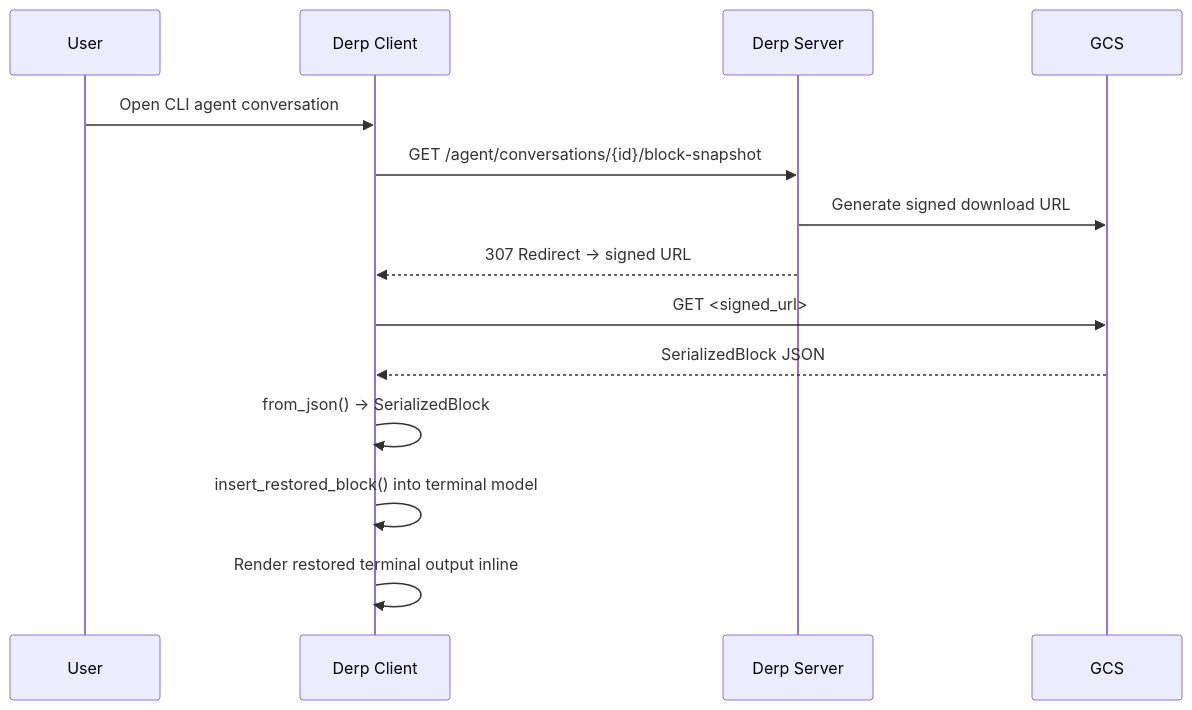
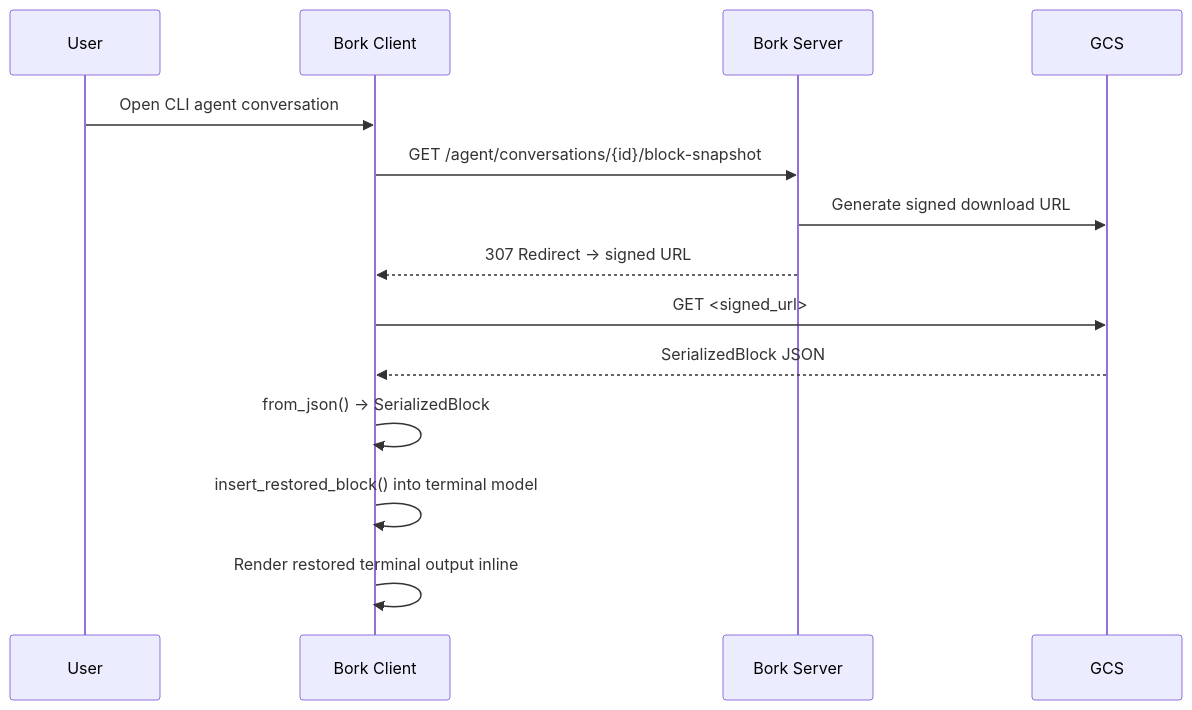
The third of 3 diagrams in specs/REMOTE-1332/TECH.md (antikrust/krust-terminal), drawn with Mermaid before and after one commit. The commit also changed other lines of this file and 4477 other files, not shown here.

First line of the commit message:
Rebrand Derp -> Bork

````diff
--- a/specs/REMOTE-1332/TECH.md
+++ b/specs/REMOTE-1332/TECH.md
@@ -313,17 +313,17 @@
 ```mermaid
 sequenceDiagram
     participant User as User
-    participant Client as Derp Client
-    participant Server as Derp Server
+    participant Client as Bork Client
+    participant Server as Bork Server
     participant GCS as GCS
 
     User->>Client: Open CLI agent conversation
     Client->>Server: GET /agent/conversations/{id}/block-snapshot
     Server->>GCS: Generate signed download URL
     Server-->>Client: 307 Redirect → signed URL
     Client->>GCS: GET <signed_url>
     GCS-->>Client: SerializedBlock JSON
     Client->>Client: from_json() → SerializedBlock
     Client->>Client: insert_restored_block() into terminal model
     Client->>Client: Render restored terminal output inline
 ```
````
